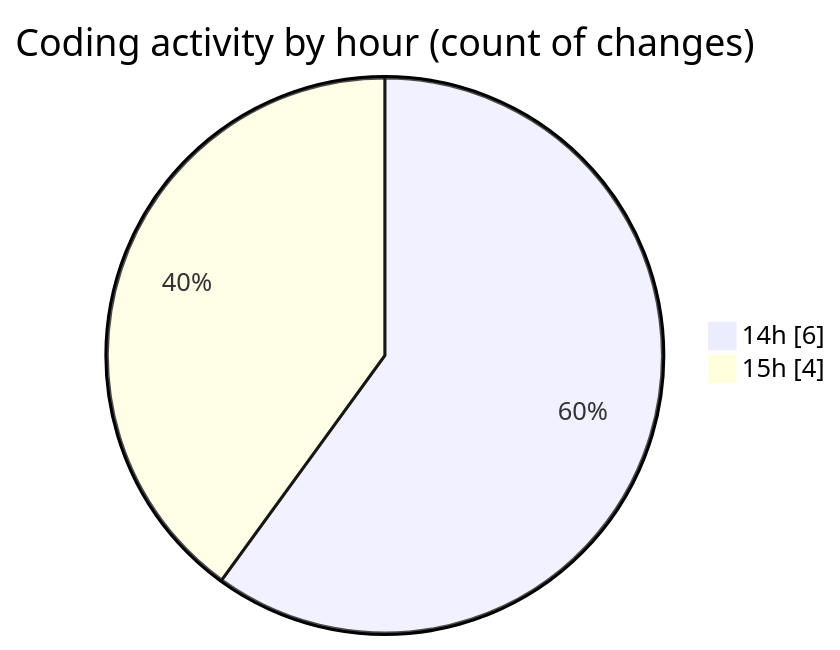
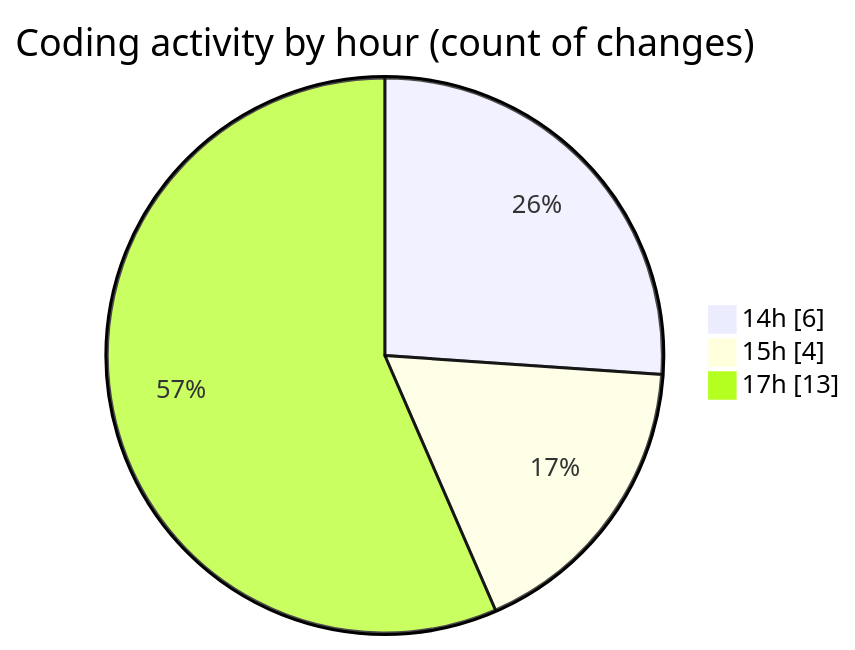
The second of 2 diagrams in 2025-07-09/toolsopenemalpass/README.md (lephambinh05/code-tracking), drawn with Mermaid before and after one commit. The commit also changed other lines of this file and 1 other file, not shown here.

````diff
--- a/2025-07-09/toolsopenemalpass/README.md
+++ b/2025-07-09/toolsopenemalpass/README.md
@@ -31,6 +37,7 @@
 ```mermaid
 pie showData
 title Coding activity by hour (count of changes)
 "14h" : 6
 "15h" : 4
+"17h" : 13
 ```
````
